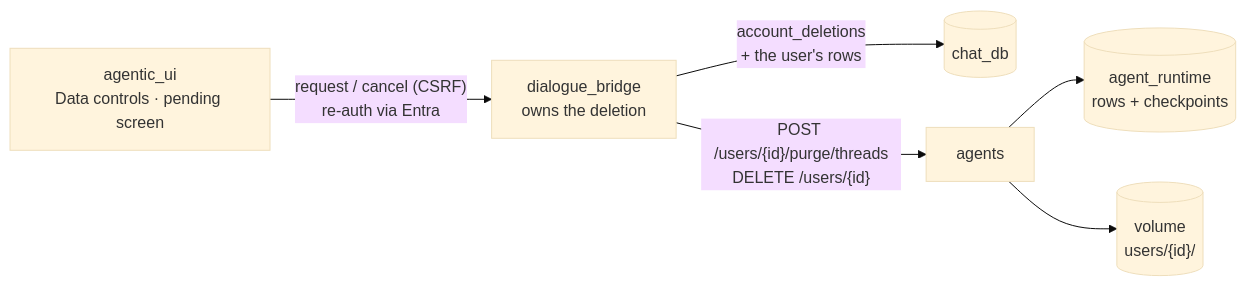
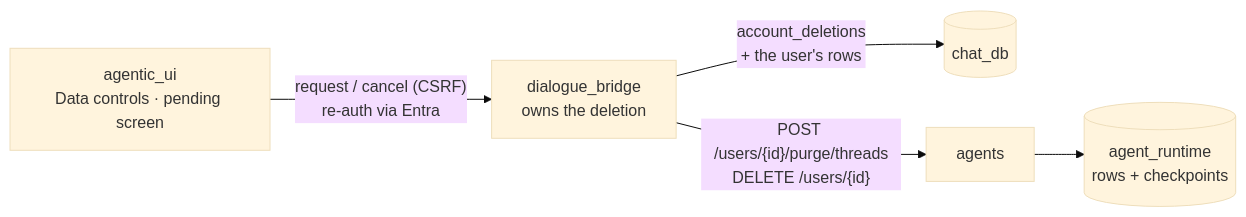
Before and after one commit to konstantinosmpouros/mAgenticX: the first of 3 diagrams in docs/flows/account-deletion.md, drawn with Mermaid (base theme). The commit also changed other lines of this file and 39 other files, not shown here.

````diff
--- a/docs/flows/account-deletion.md
+++ b/docs/flows/account-deletion.md
@@ -9,8 +9,7 @@
 ```mermaid
 flowchart LR
     UI["agentic_ui<br/>Data controls · pending screen"] -->|"request / cancel (CSRF)<br/>re-auth via Entra"| B["dialogue_bridge<br/>owns the deletion"]
     B -->|"account_deletions<br/>+ the user's rows"| PG[("chat_db")]
     B -->|"POST /users/{id}/purge/threads<br/>DELETE /users/{id}"| A["agents"]
     A --> AR[("agent_runtime<br/>rows + checkpoints")]
-    A --> V[("volume<br/>users/{id}/")]
 ```
````
